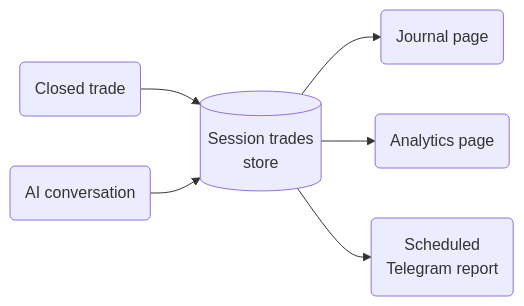
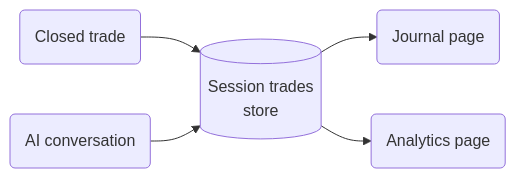
One commit to simeon-vanov/cortiq-public changed the diagram in src/content/docs/journal-and-analytics.md. Above: the diagram before and after it, drawn with Mermaid. The commit also changed other lines of this file and 95 other files, not shown here.

````diff
--- a/src/content/docs/journal-and-analytics.md
+++ b/src/content/docs/journal-and-analytics.md
@@ -25,8 +25,7 @@
 ```mermaid
 flowchart LR
   T(Closed trade) --> S[(Session trades<br/>store)]
   C(AI conversation) --> S
   S --> J(Journal page)
   S --> A(Analytics page)
-  S --> R(Scheduled<br/>Telegram report)
 ```
````
